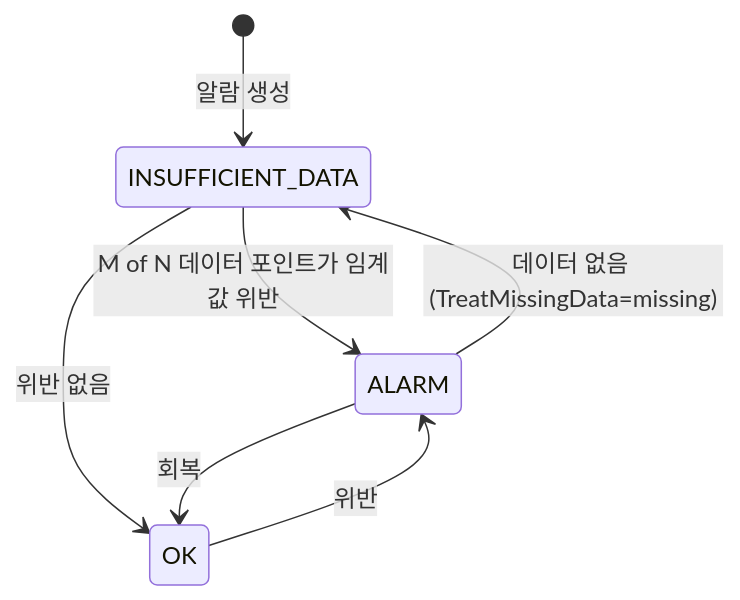
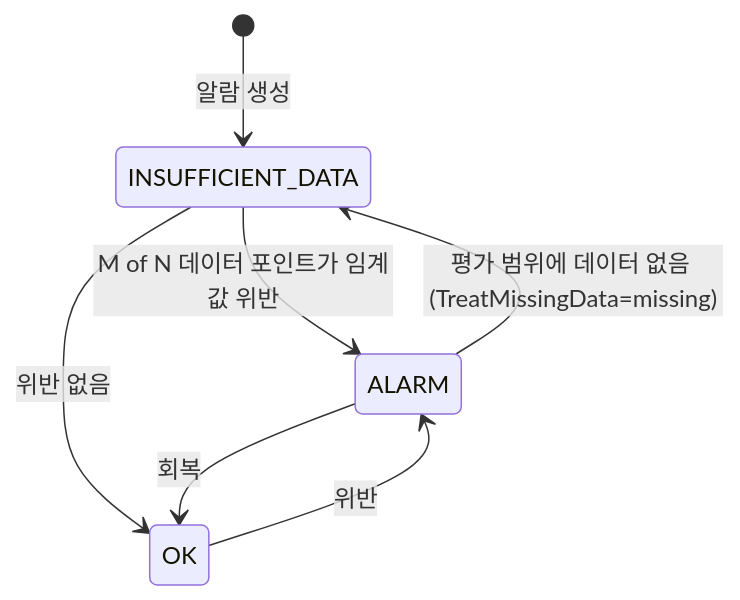
The first of 2 diagrams in curriculum/m10-monitoring-iac/01-cloudwatch-metrics-alarms.md (Ring-wdr/aws-newbie-guide), drawn with Mermaid before and after one commit. The commit also changed other lines of this file, not shown here.

Commit message:
docs(m10): 알람 상태 그림의 누락 간선 라벨을 평가 범위 기준으로, TreatMissingData가 채우는 조건을 한 문장 보완

````diff
--- a/curriculum/m10-monitoring-iac/01-cloudwatch-metrics-alarms.md
+++ b/curriculum/m10-monitoring-iac/01-cloudwatch-metrics-alarms.md
@@ -32,9 +32,9 @@
 ```mermaid
 stateDiagram-v2
   [*] --> INSUFFICIENT_DATA: 알람 생성
   INSUFFICIENT_DATA --> ALARM: M of N 데이터 포인트가 임계값 위반
   INSUFFICIENT_DATA --> OK: 위반 없음
   OK --> ALARM: 위반
   ALARM --> OK: 회복
-  ALARM --> INSUFFICIENT_DATA: 데이터 없음 (TreatMissingData=missing)
+  ALARM --> INSUFFICIENT_DATA: 평가 범위에 데이터 없음 (TreatMissingData=missing)
 ```
````
